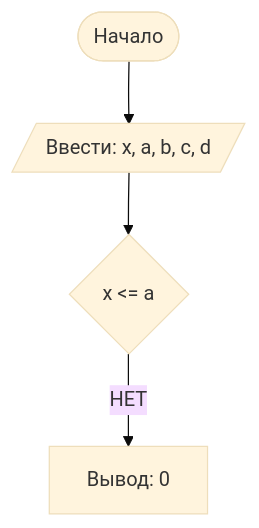
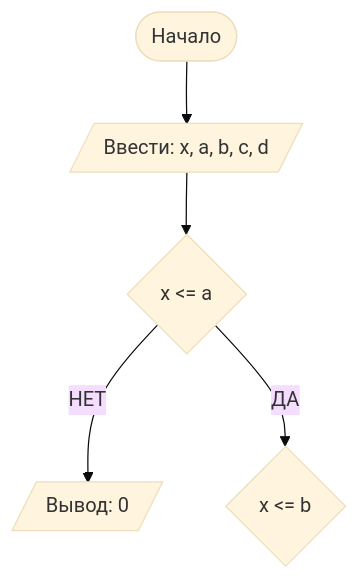
Before and after one commit to abihuf/lab1: the diagram in README.md, drawn with Mermaid (base theme).

````diff
--- a/README.md
+++ b/README.md
@@ -67,7 +67,8 @@
 ```mermaid
 graph TD
     A([Начало]) --> B[/Ввести: x, a, b, c, d/]
     B --> C{x <= a}
-    C -- НЕТ --> D[Вывод: 0]
+    C -- НЕТ --> D[/Вывод: 0/]
+    C -- ДА --> E{x <= b}
 
 ```
````
